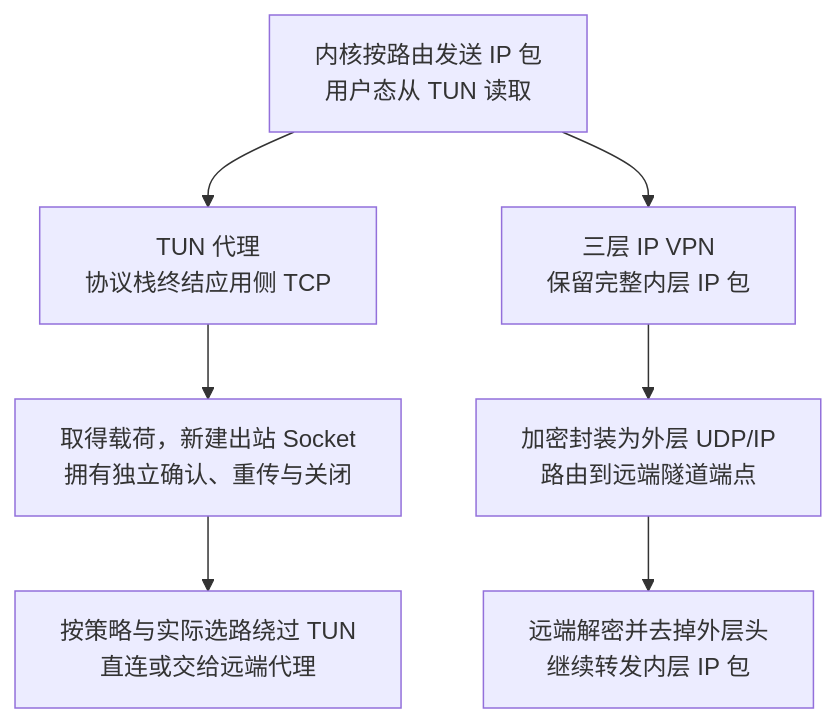
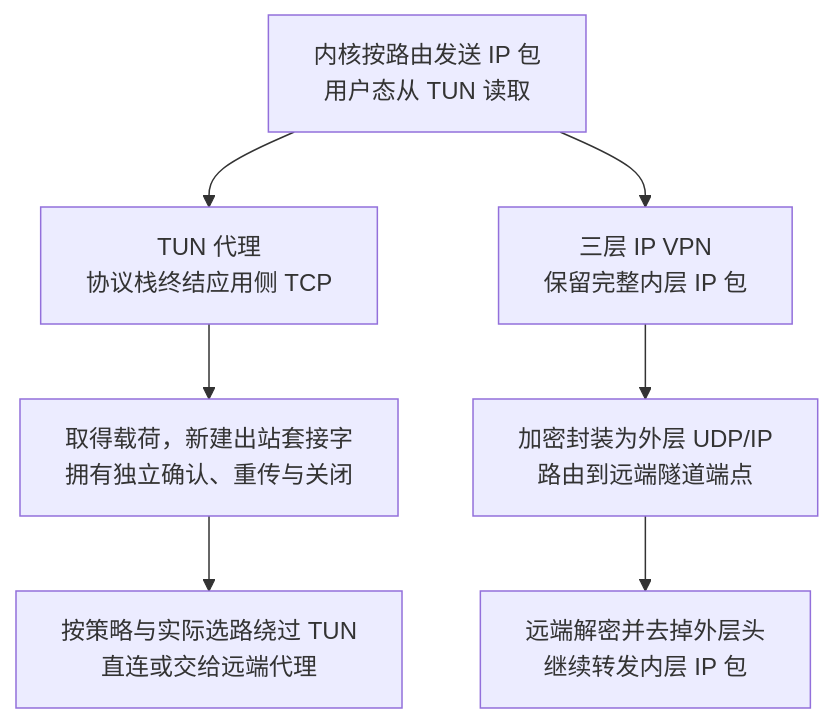
One commit to fordelkon/delkon.us.kg changed the third of 4 diagrams in content/posts/networking/routing-forwarding-nat-virtual-interfaces.md. Above: the diagram before and after it, drawn with Mermaid. The commit also changed other lines of this file and 2 other files, not shown here.

````diff
--- a/content/posts/networking/routing-forwarding-nat-virtual-interfaces.md
+++ b/content/posts/networking/routing-forwarding-nat-virtual-interfaces.md
@@ -257,9 +257,9 @@
 ```mermaid title="同一个 TUN 入口之后的两种处理" description="比较两种实现，不是同一条连接依次经过两种模式。左支限定终结应用侧 TCP 的用户态代理，创建独立出站连接；右支限定把完整内层 IP 包加密封装到 UDP/IP 的一种三层 VPN，远端解封装后继续转发原包。两种程序的外层出站都需要可用的绕行路由；标记、策略或接口绑定的效果必须按平台验证。图只展示出站，回程分别重建应用侧包或解封装内层回包。"
 flowchart TB
  tun["内核按路由发送 IP 包<br/>用户态从 TUN 读取"] --> proxy["TUN 代理<br/>协议栈终结应用侧 TCP"]
- proxy --> socket["取得载荷，新建出站 Socket<br/>拥有独立确认、重传与关闭"]
+ proxy --> socket["取得载荷，新建出站套接字<br/>拥有独立确认、重传与关闭"]
  socket --> bypass["按策略与实际选路绕过 TUN<br/>直连或交给远端代理"]
  tun --> vpn["三层 IP VPN<br/>保留完整内层 IP 包"]
  vpn --> outer["加密封装为外层 UDP/IP<br/>路由到远端隧道端点"]
  outer --> peer["远端解密并去掉外层头<br/>继续转发内层 IP 包"]
 ```
````
